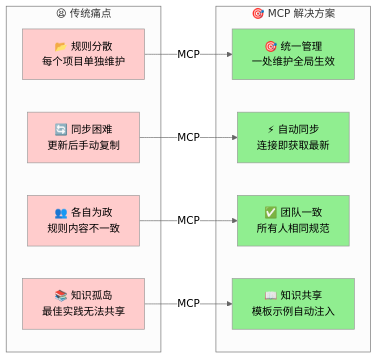
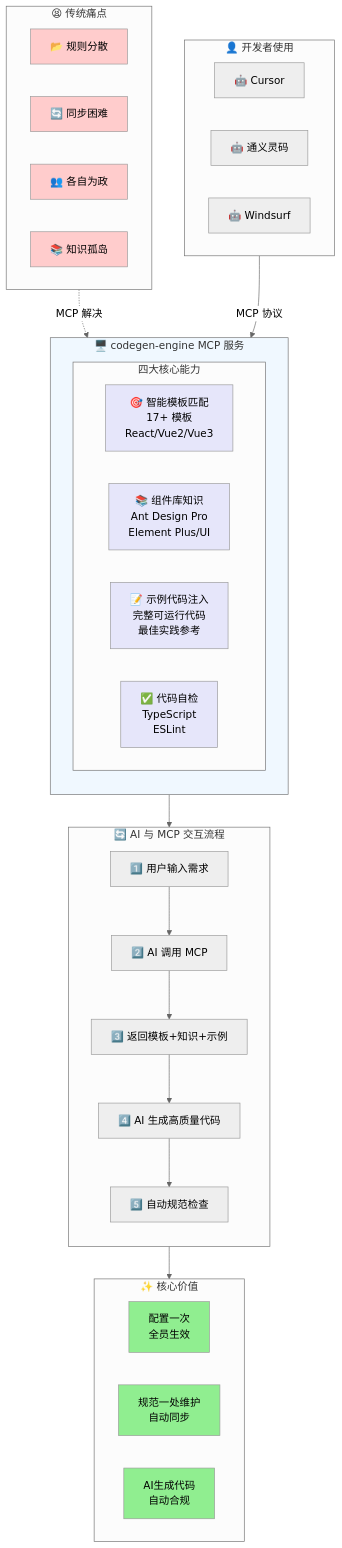
Before and after one commit to xiaoniuge36/codegen-engine-mcp: the first of 4 diagrams in 🤖AI驱动的B端页面开发指南（MCP版）.md, drawn with Mermaid (neutral theme). The commit also changed other lines of this file, not shown here.

Commit message:
docs: simplify MCP introduction into one comprehensive diagram - Merge multiple diagrams into a single panoramic view - Include: problems, AI tools, interaction flow, core capabilities, value - Add comparison table for MCP vs local rules

````diff
--- a/🤖AI驱动的B端页面开发指南（MCP版）.md
+++ b/🤖AI驱动的B端页面开发指南（MCP版）.md
@@ -93,30 +59,61 @@
 ```mermaid
-flowchart LR
-    subgraph 痛点["😫 传统痛点"]
-        Q1[📂 规则分散<br/>每个项目单独维护]
-        Q2[🔄 同步困难<br/>更新后手动复制]
-        Q3[👥 各自为政<br/>规则内容不一致]
-        Q4[📚 知识孤岛<br/>最佳实践无法共享]
+flowchart TB
+    subgraph 问题["😫 传统痛点"]
+        direction LR
+        P1[📂 规则分散]
+        P2[🔄 同步困难]
+        P3[👥 各自为政]
+        P4[📚 知识孤岛]
     end
-    
-    subgraph 方案["🎯 MCP 解决方案"]
-        A1[🎯 统一管理<br/>一处维护全局生效]
-        A2[⚡ 自动同步<br/>连接即获取最新]
-        A3[✅ 团队一致<br/>所有人相同规范]
-        A4[📖 知识共享<br/>模板示例自动注入]
+
+    subgraph 用户["👤 开发者使用"]
+        direction LR
+        U1[🤖 Cursor]
+        U2[🤖 通义灵码]
+        U3[🤖 Windsurf]
     end
-    
-    Q1 -->|MCP| A1
-    Q2 -->|MCP| A2
-    Q3 -->|MCP| A3
-    Q4 -->|MCP| A4
-    
-    style Q1 fill:#ffcccc
-    style Q2 fill:#ffcccc
-    style Q3 fill:#ffcccc
-    style Q4 fill:#ffcccc
-    style A1 fill:#90EE90
-    style A2 fill:#90EE90
-    style A3 fill:#90EE90
-    style A4 fill:#90EE90
+
+    subgraph 交互["🔄 AI 与 MCP 交互流程"]
+        direction TB
+        I1["1️⃣ 用户输入需求"] --> I2["2️⃣ AI 调用 MCP"]
+        I2 --> I3["3️⃣ 返回模板+知识+示例"]
+        I3 --> I4["4️⃣ AI 生成高质量代码"]
+        I4 --> I5["5️⃣ 自动规范检查"]
+    end
+
+    subgraph MCP["🖥️ codegen-engine MCP 服务"]
+        direction TB
+        subgraph 核心能力["四大核心能力"]
+            direction LR
+            C1["🎯 智能模板匹配<br/>17+ 模板<br/>React/Vue2/Vue3"]
+            C2["📚 组件库知识<br/>Ant Design Pro<br/>Element Plus/UI"]
+            C3["📝 示例代码注入<br/>完整可运行代码<br/>最佳实践参考"]
+            C4["✅ 代码自检<br/>TypeScript<br/>ESLint"]
+        end
+    end
+
+    subgraph 价值["✨ 核心价值"]
+        direction LR
+        V1[配置一次<br/>全员生效]
+        V2[规范一处维护<br/>自动同步]
+        V3[AI生成代码<br/>自动合规]
+    end
+
+    问题 -.->|MCP 解决| MCP
+    用户 -->|MCP 协议| MCP
+    MCP --> 交互
+    交互 --> 价值
+
+    style P1 fill:#ffcccc
+    style P2 fill:#ffcccc
+    style P3 fill:#ffcccc
+    style P4 fill:#ffcccc
+    style C1 fill:#E6E6FA
+    style C2 fill:#E6E6FA
+    style C3 fill:#E6E6FA
+    style C4 fill:#E6E6FA
+    style V1 fill:#90EE90
+    style V2 fill:#90EE90
+    style V3 fill:#90EE90
+    style MCP fill:#f0f8ff
 ```
````
